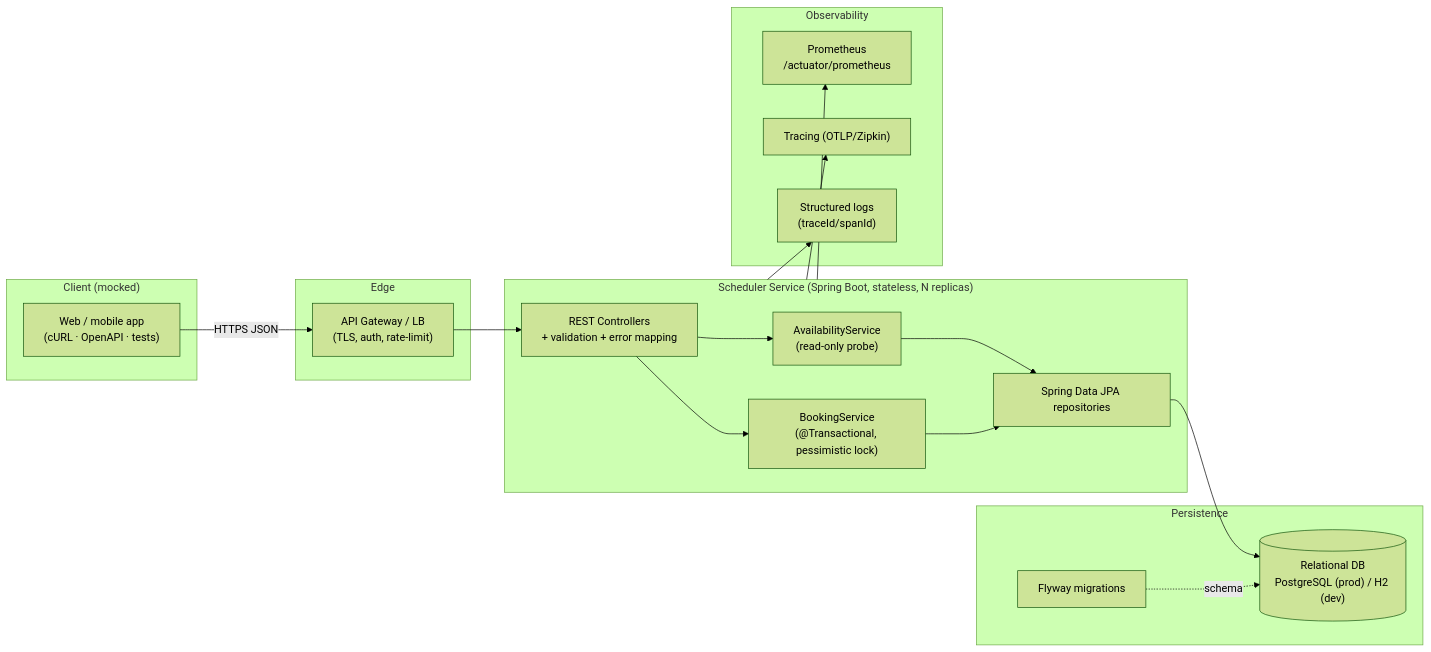
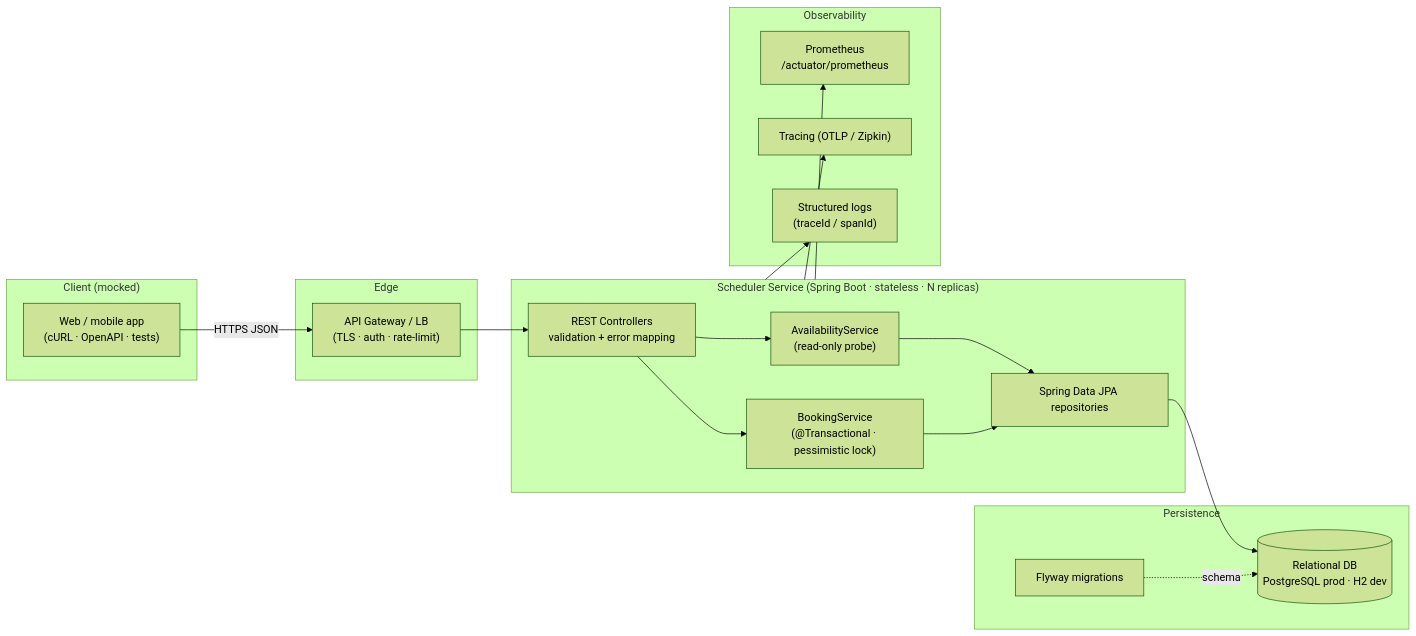
Before and after one commit to chiencao/keyloop: the first of 3 diagrams in docs/system-design.md, drawn with Mermaid (forest theme). The commit also changed other lines of this file and 13 other files, not shown here.

````diff
--- a/docs/system-design.md
+++ b/docs/system-design.md
@@ -30,36 +30,36 @@
 ```mermaid
 flowchart LR
     subgraph Client["Client (mocked)"]
-      UI["Web / mobile app\n(cURL · OpenAPI · tests)"]
+      UI["Web / mobile app<br/>(cURL · OpenAPI · tests)"]
     end
 
     subgraph Edge["Edge"]
-      GW["API Gateway / LB\n(TLS, auth, rate-limit)"]
+      GW["API Gateway / LB<br/>(TLS · auth · rate-limit)"]
     end
 
-    subgraph App["Scheduler Service (Spring Boot, stateless, N replicas)"]
-      C["REST Controllers\n+ validation + error mapping"]
-      AV["AvailabilityService\n(read-only probe)"]
-      BK["BookingService\n(@Transactional, pessimistic lock)"]
+    subgraph App["Scheduler Service (Spring Boot · stateless · N replicas)"]
+      C["REST Controllers<br/>validation + error mapping"]
+      AV["AvailabilityService<br/>(read-only probe)"]
+      BK["BookingService<br/>(@Transactional · pessimistic lock)"]
       R["Spring Data JPA repositories"]
     end
 
     subgraph Data["Persistence"]
-      DB[("Relational DB\nPostgreSQL (prod) / H2 (dev)")]
+      DB[("Relational DB<br/>PostgreSQL prod · H2 dev")]
       FW["Flyway migrations"]
     end
 
     subgraph Obs["Observability"]
-      MET["Prometheus\n/actuator/prometheus"]
-      TR["Tracing (OTLP/Zipkin)"]
-      LOG["Structured logs\n(traceId/spanId)"]
+      MET["Prometheus<br/>/actuator/prometheus"]
+      TR["Tracing (OTLP / Zipkin)"]
+      LOG["Structured logs<br/>(traceId / spanId)"]
     end
 
     UI -->|HTTPS JSON| GW --> C
     C --> AV --> R
     C --> BK --> R --> DB
     FW -. schema .-> DB
     App --> MET
     App --> TR
     App --> LOG
 ```
````
